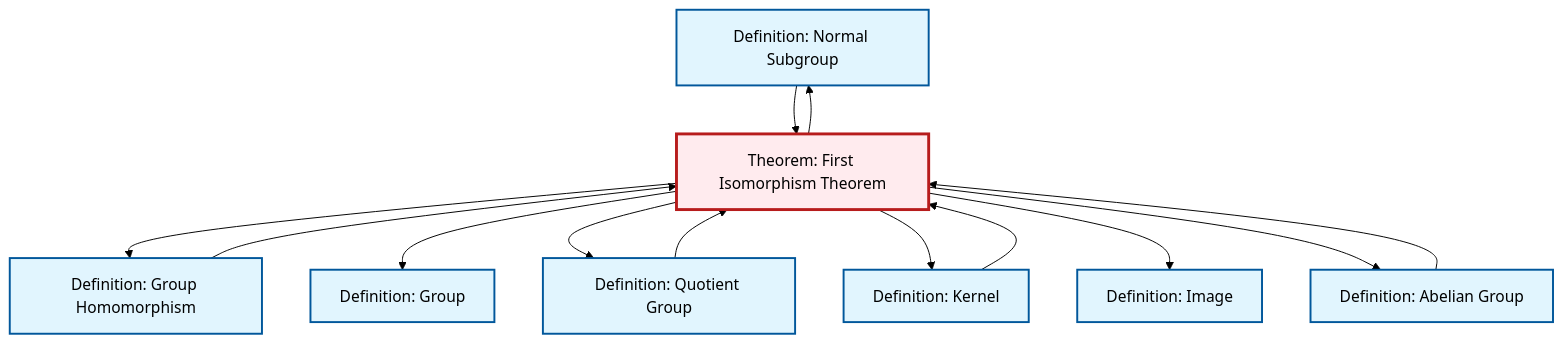
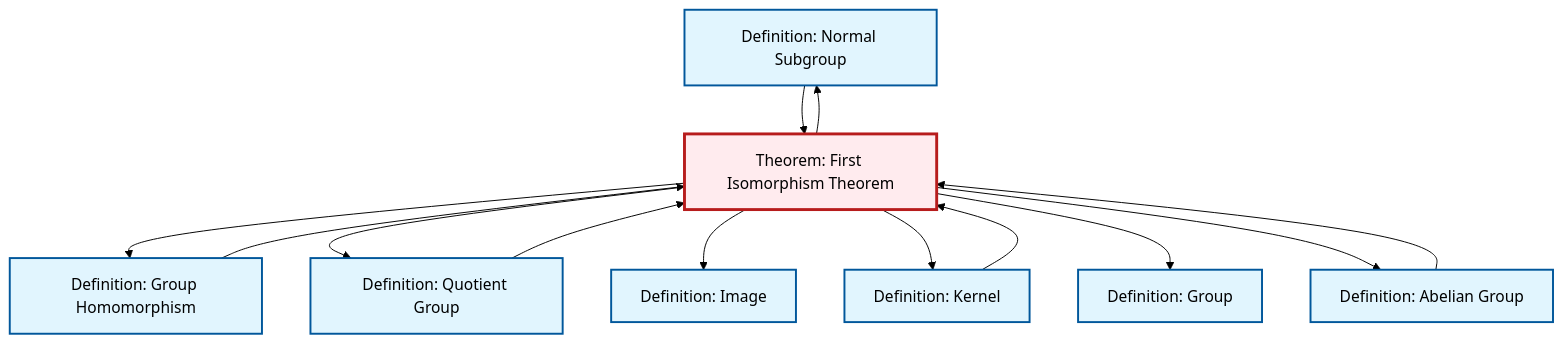
One commit to RK0429/ModernMath changed the diagram in content/ja/algebra/thm-first-isomorphism.qmd. Above: the diagram before and after it, drawn with Mermaid (forest theme). The commit also changed other lines of this file and 497 other files, not shown here.

````diff
--- a/content/ja/algebra/thm-first-isomorphism.qmd
+++ b/content/ja/algebra/thm-first-isomorphism.qmd
@@ -101,37 +101,37 @@
 ```{mermaid}
 %%| fig-cap: "Local dependency graph"
 graph TD
     classDef definition fill:#e1f5fe,stroke:#01579b,stroke-width:2px
     classDef theorem fill:#f3e5f5,stroke:#4a148c,stroke-width:2px
     classDef axiom fill:#fff3e0,stroke:#e65100,stroke-width:2px
     classDef example fill:#e8f5e9,stroke:#1b5e20,stroke-width:2px
     classDef current fill:#ffebee,stroke:#b71c1c,stroke-width:3px
     def-normal-subgroup["Definition: Normal Subgroup"]:::definition
-    def-quotient-group["Definition: Quotient Group"]:::definition
-    def-abelian-group["Definition: Abelian Group"]:::definition
-    def-homomorphism["Definition: Group Homomorphism"]:::definition
     thm-first-isomorphism["Theorem: First Isomorphism Theorem"]:::theorem
     def-kernel["Definition: Kernel"]:::definition
+    def-homomorphism["Definition: Group Homomorphism"]:::definition
+    def-quotient-group["Definition: Quotient Group"]:::definition
     def-image["Definition: Image"]:::definition
     def-group["Definition: Group"]:::definition
-    thm-first-isomorphism --> def-homomorphism
-    thm-first-isomorphism --> def-group
-    def-homomorphism --> thm-first-isomorphism
-    def-quotient-group --> thm-first-isomorphism
+    def-abelian-group["Definition: Abelian Group"]:::definition
     def-normal-subgroup --> thm-first-isomorphism
     def-abelian-group --> thm-first-isomorphism
+    thm-first-isomorphism --> def-homomorphism
+    thm-first-isomorphism --> def-normal-subgroup
     thm-first-isomorphism --> def-quotient-group
+    def-homomorphism --> thm-first-isomorphism
+    thm-first-isomorphism --> def-image
+    thm-first-isomorphism --> def-kernel
+    thm-first-isomorphism --> def-group
+    def-quotient-group --> thm-first-isomorphism
     def-kernel --> thm-first-isomorphism
-    thm-first-isomorphism --> def-kernel
-    thm-first-isomorphism --> def-normal-subgroup
-    thm-first-isomorphism --> def-image
     thm-first-isomorphism --> def-abelian-group
     class thm-first-isomorphism current
     click def-normal-subgroup "def-normal-subgroup.html" "Definition: Normal Subgroupへ"
+    click def-kernel "def-kernel.html" "Definition: Kernelへ"
+    click def-homomorphism "def-homomorphism.html" "Definition: Group Homomorphismへ"
     click def-quotient-group "def-quotient-group.html" "Definition: Quotient Groupへ"
-    click def-abelian-group "def-abelian-group.html" "Definition: Abelian Groupへ"
-    click def-homomorphism "def-homomorphism.html" "Definition: Group Homomorphismへ"
-    click def-kernel "def-kernel.html" "Definition: Kernelへ"
     click def-image "def-image.html" "Definition: Imageへ"
     click def-group "def-group.html" "Definition: Groupへ"
+    click def-abelian-group "def-abelian-group.html" "Definition: Abelian Groupへ"
 ```
````
